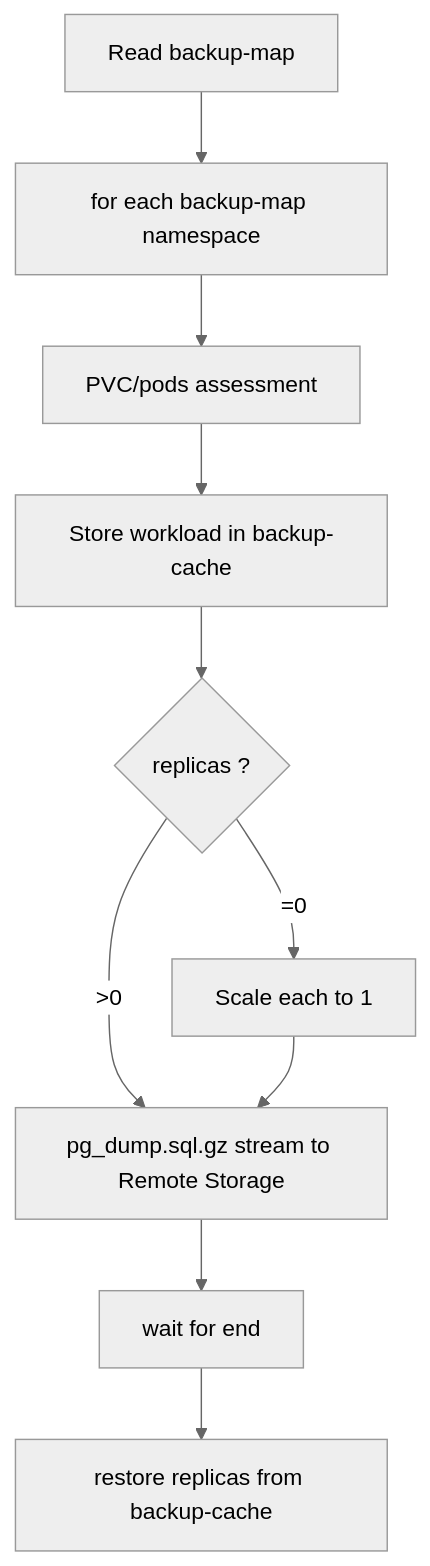
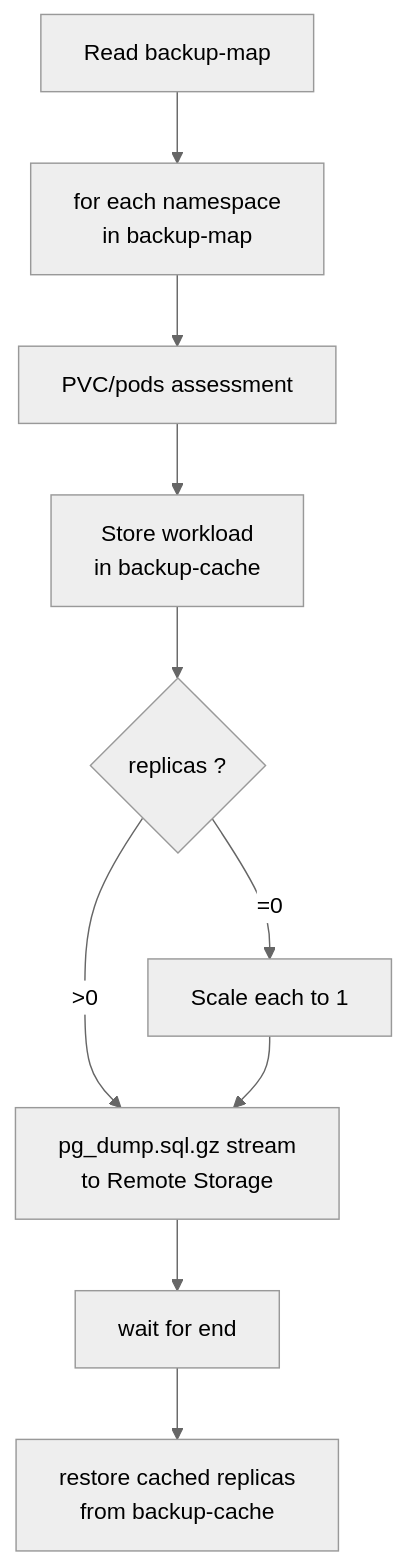
One commit to Cosmo-Tech/bkup changed the second of 2 diagrams in README.md. Above: the diagram before and after it, drawn with Mermaid (neutral theme). The commit also changed other lines of this file, not shown here.

````diff
--- a/README.md
+++ b/README.md
@@ -257,13 +257,13 @@
 ```mermaid
 flowchart TD
     A[Read backup-map]
-    --> B[for each backup-map namespace]
+    --> B[for each namespace <br> in backup-map]
     --> C[PVC/pods assessment]
-    --> D[Store workload in backup-cache]
+    --> D[Store workload <br> in backup-cache]
     D --> E{replicas ?}
     E -->|=0| F[Scale each to 1]
     E -->|>0| G[Keep as it is]
-    F --> G[pg_dump.sql.gz stream to Remote Storage]
+    F --> G[pg_dump.sql.gz stream <br> to Remote Storage]
     G --> H[wait for end]
-    H --> I[restore replicas from backup-cache]
+    H --> I[restore cached replicas <br> from backup-cache]
 ```
````
